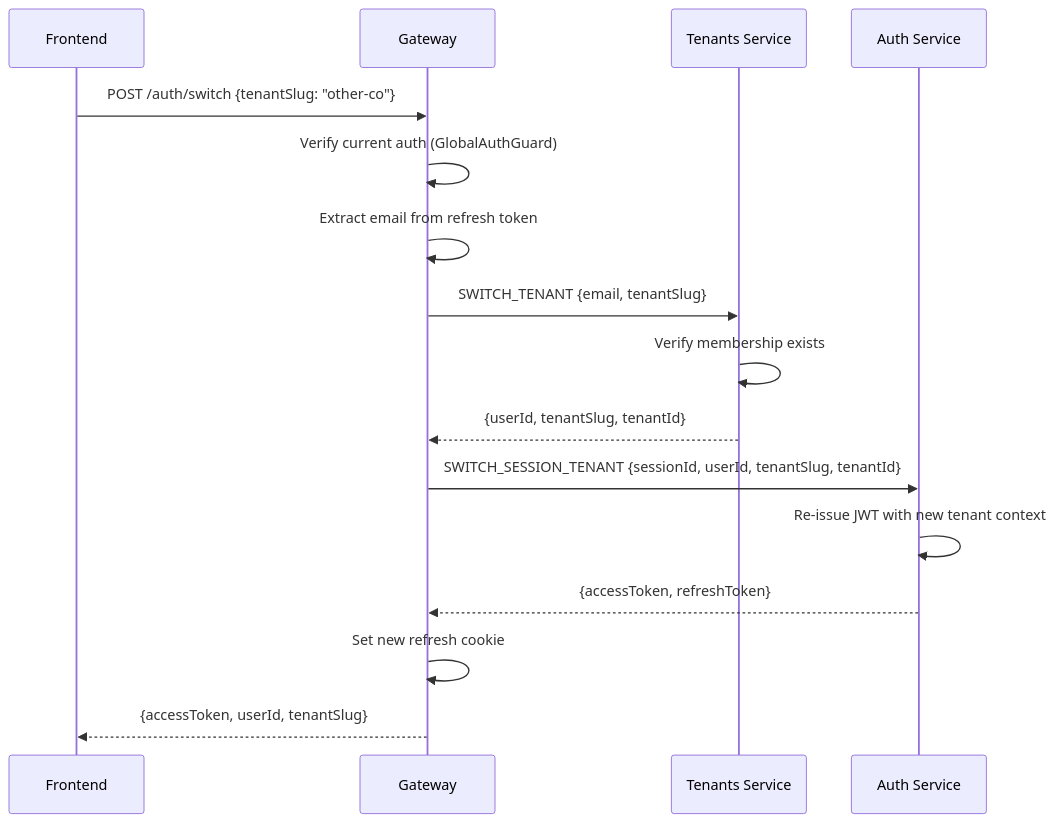
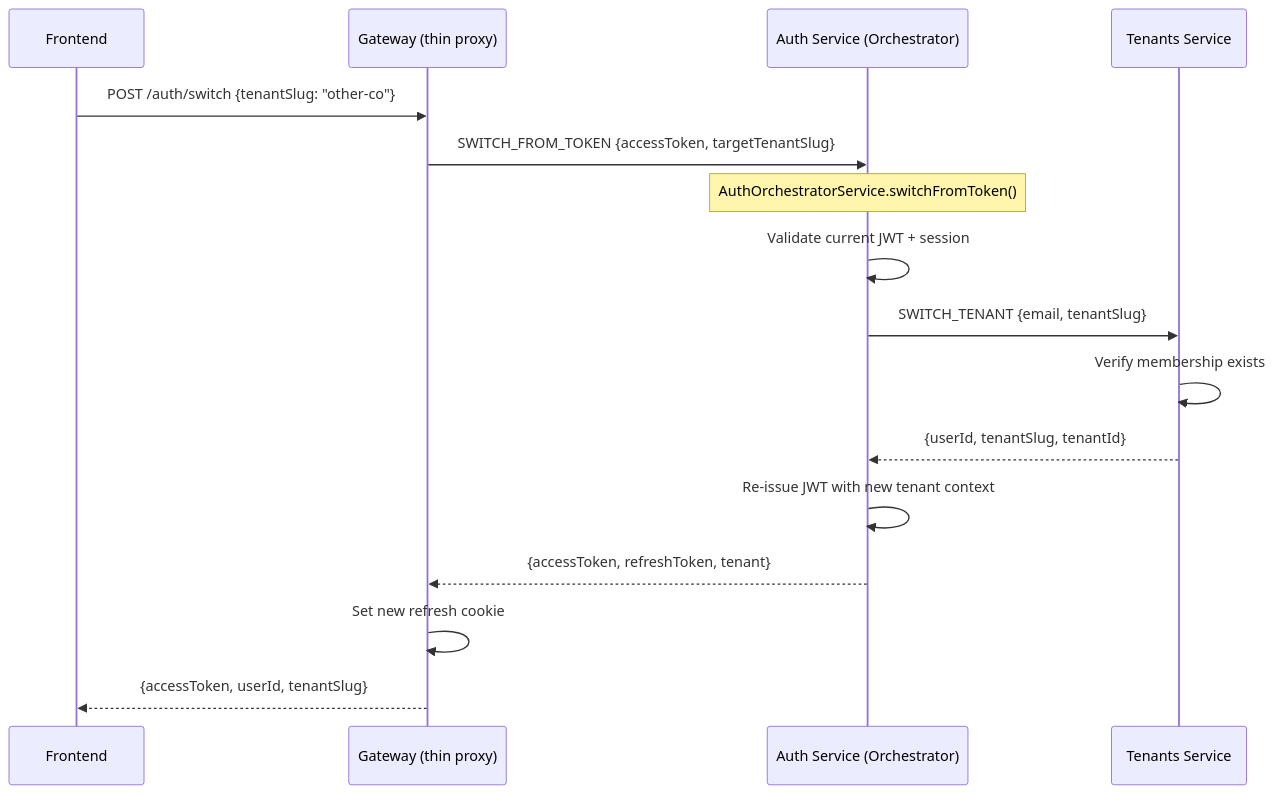
The fourth of 4 diagrams in docs/architecture/multi-tenant.md (CucuProject/cucu-docs), drawn with Mermaid before and after one commit. The commit also changed other lines of this file and 17 other files, not shown here.

````diff
--- a/docs/architecture/multi-tenant.md
+++ b/docs/architecture/multi-tenant.md
@@ -290,19 +308,21 @@
 ```mermaid
 sequenceDiagram
     participant FE as Frontend
-    participant GW as Gateway
+    participant GW as Gateway (thin proxy)
+    participant Auth as Auth Service (Orchestrator)
     participant TS as Tenants Service
-    participant Auth as Auth Service
 
     FE->>GW: POST /auth/switch {tenantSlug: "other-co"}
-    GW->>GW: Verify current auth (GlobalAuthGuard)
-    GW->>GW: Extract email from refresh token
-    GW->>TS: SWITCH_TENANT {email, tenantSlug}
+    GW->>Auth: SWITCH_FROM_TOKEN {accessToken, targetTenantSlug}
+
+    Note over Auth: AuthOrchestratorService.switchFromToken()
+
+    Auth->>Auth: Validate current JWT + session
+    Auth->>TS: SWITCH_TENANT {email, tenantSlug}
     TS->>TS: Verify membership exists
-    TS-->>GW: {userId, tenantSlug, tenantId}
-    GW->>Auth: SWITCH_SESSION_TENANT {sessionId, userId, tenantSlug, tenantId}
+    TS-->>Auth: {userId, tenantSlug, tenantId}
     Auth->>Auth: Re-issue JWT with new tenant context
-    Auth-->>GW: {accessToken, refreshToken}
+    Auth-->>GW: {accessToken, refreshToken, tenant}
     GW->>GW: Set new refresh cookie
     GW-->>FE: {accessToken, userId, tenantSlug}
 ```
````
